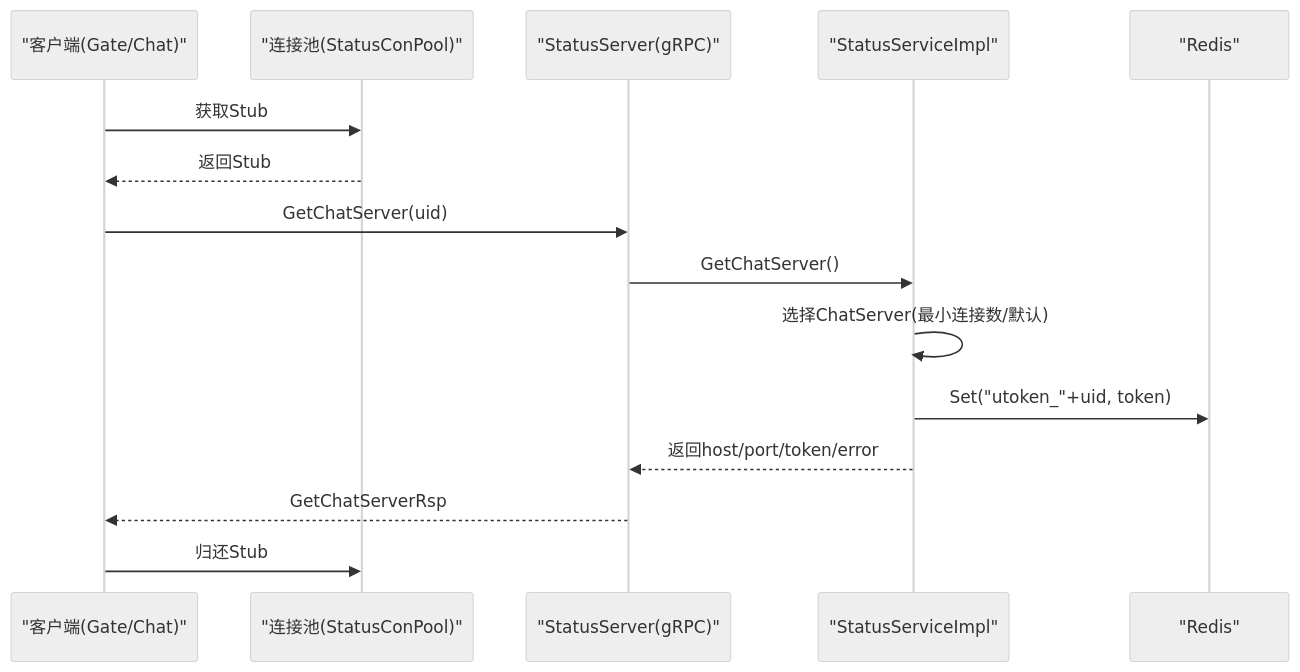
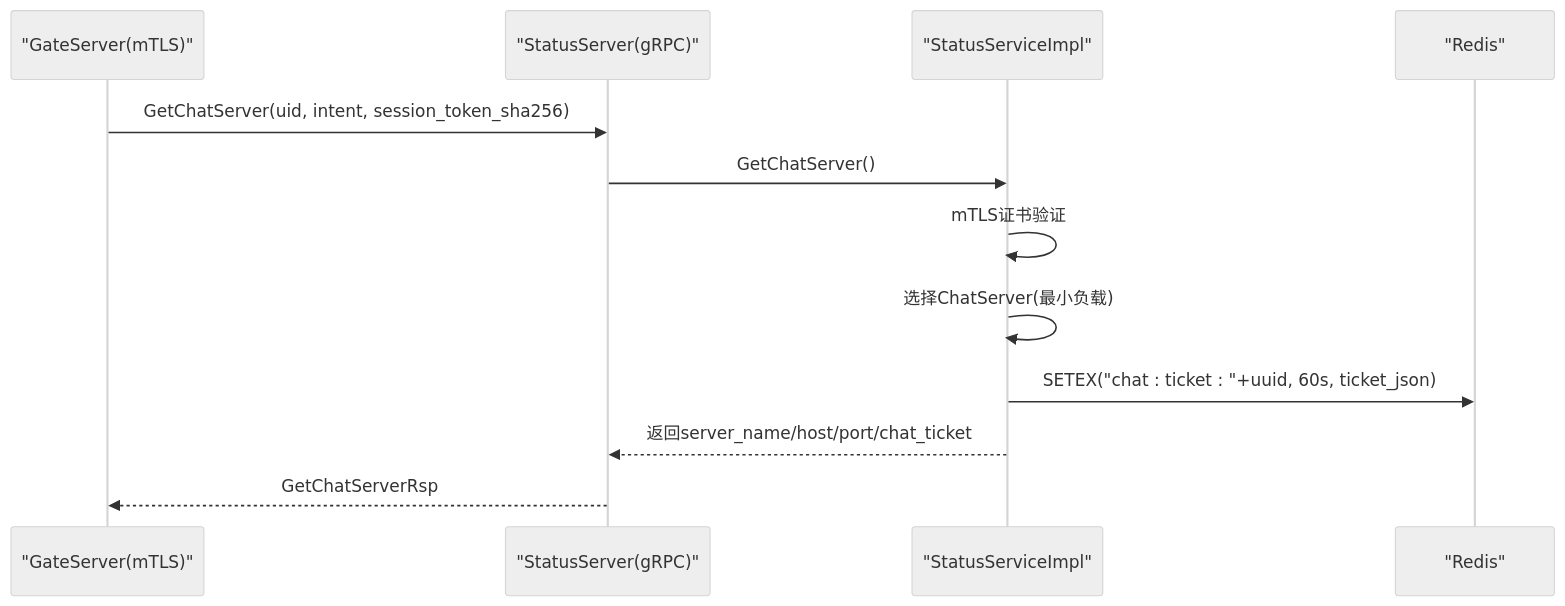
One commit to echo9923/mychatter changed the second of 4 diagrams in .qoder/repowiki/zh/content/网络通信/gRPC微服务接口/StatusService状态服务接口.md. Above: the diagram before and after it, drawn with Mermaid (neutral theme). The commit also changed other lines of this file and 107 other files, not shown here.

````diff
--- a/.qoder/repowiki/zh/content/网络通信/gRPC微服务接口/StatusService状态服务接口.md
+++ b/.qoder/repowiki/zh/content/网络通信/gRPC微服务接口/StatusService状态服务接口.md
@@ -94,17 +88,14 @@
 ```mermaid
 sequenceDiagram
-participant C as "客户端(Gate/Chat)"
-participant Pool as "连接池(StatusConPool)"
+participant C as "GateServer(mTLS)"
 participant S as "StatusServer(gRPC)"
 participant Impl as "StatusServiceImpl"
 participant R as "Redis"
-C->>Pool : 获取Stub
-Pool-->>C : 返回Stub
-C->>S : GetChatServer(uid)
+C->>S : GetChatServer(uid, intent, session_token_sha256)
 S->>Impl : GetChatServer()
-Impl->>Impl : 选择ChatServer(最小连接数/默认)
-Impl->>R : Set("utoken_"+uid, token)
-Impl-->>S : 返回host/port/token/error
+Impl->>Impl : mTLS证书验证
+Impl->>Impl : 选择ChatServer(最小负载)
+Impl->>R : SETEX("chat : ticket : "+uuid, 60s, ticket_json)
+Impl-->>S : 返回server_name/host/port/chat_ticket
 S-->>C : GetChatServerRsp
-C->>Pool : 归还Stub
 ```
````
